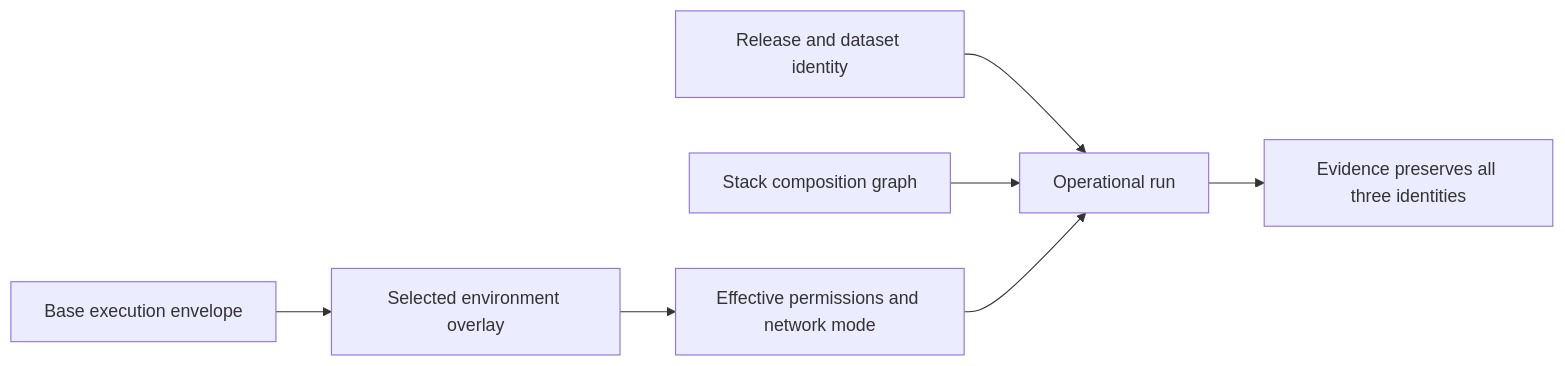
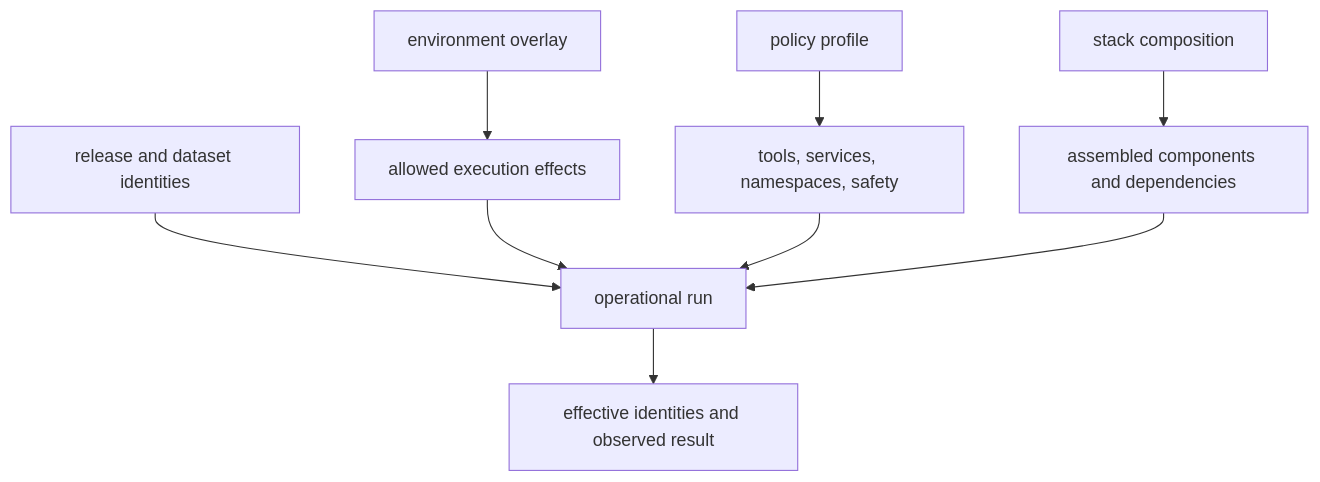
The diagram in docs/bijux-atlas-ops/stack/environment-overlays.md (bijux/bijux-atlas), drawn with Mermaid before and after one commit. The commit also changed other lines of this file and 2 other files, not shown here.

Commit message:
docs(stack): distinguish cluster profiles effects and evidence

````diff
--- a/docs/bijux-atlas-ops/stack/environment-overlays.md
+++ b/docs/bijux-atlas-ops/stack/environment-overlays.md
@@ -34,9 +33,11 @@
 ```mermaid
-flowchart LR
-    B["Base execution envelope"] --> O["Selected environment overlay"]
-    O --> E["Effective permissions and network mode"]
-    R["Release and dataset identity"] --> Run["Operational run"]
-    G["Stack composition graph"] --> Run
-    E --> Run
-    Run --> P["Evidence preserves all three identities"]
+flowchart TD
+    Overlay["environment overlay"] --> Effects["allowed execution effects"]
+    Profile["policy profile"] --> Intent["tools, services, namespaces, safety"]
+    Composition["stack composition"] --> Graph["assembled components and dependencies"]
+    Release["release and dataset identities"] --> Run["operational run"]
+    Effects --> Run
+    Intent --> Run
+    Graph --> Run
+    Run --> Evidence["effective identities and observed result"]
 ```
````
